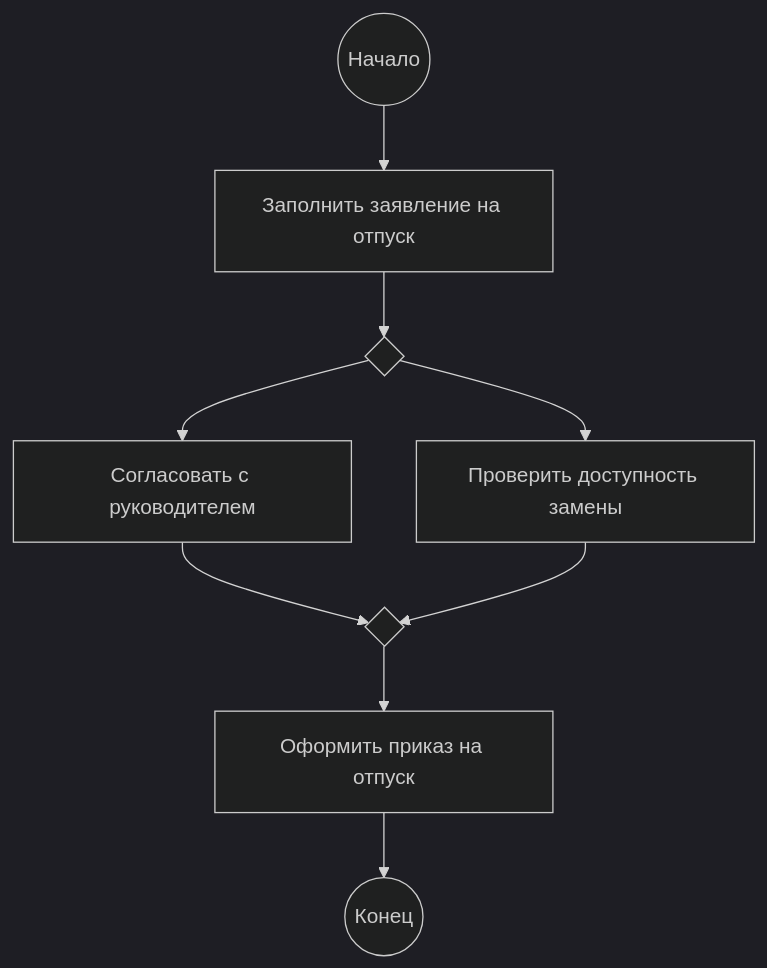
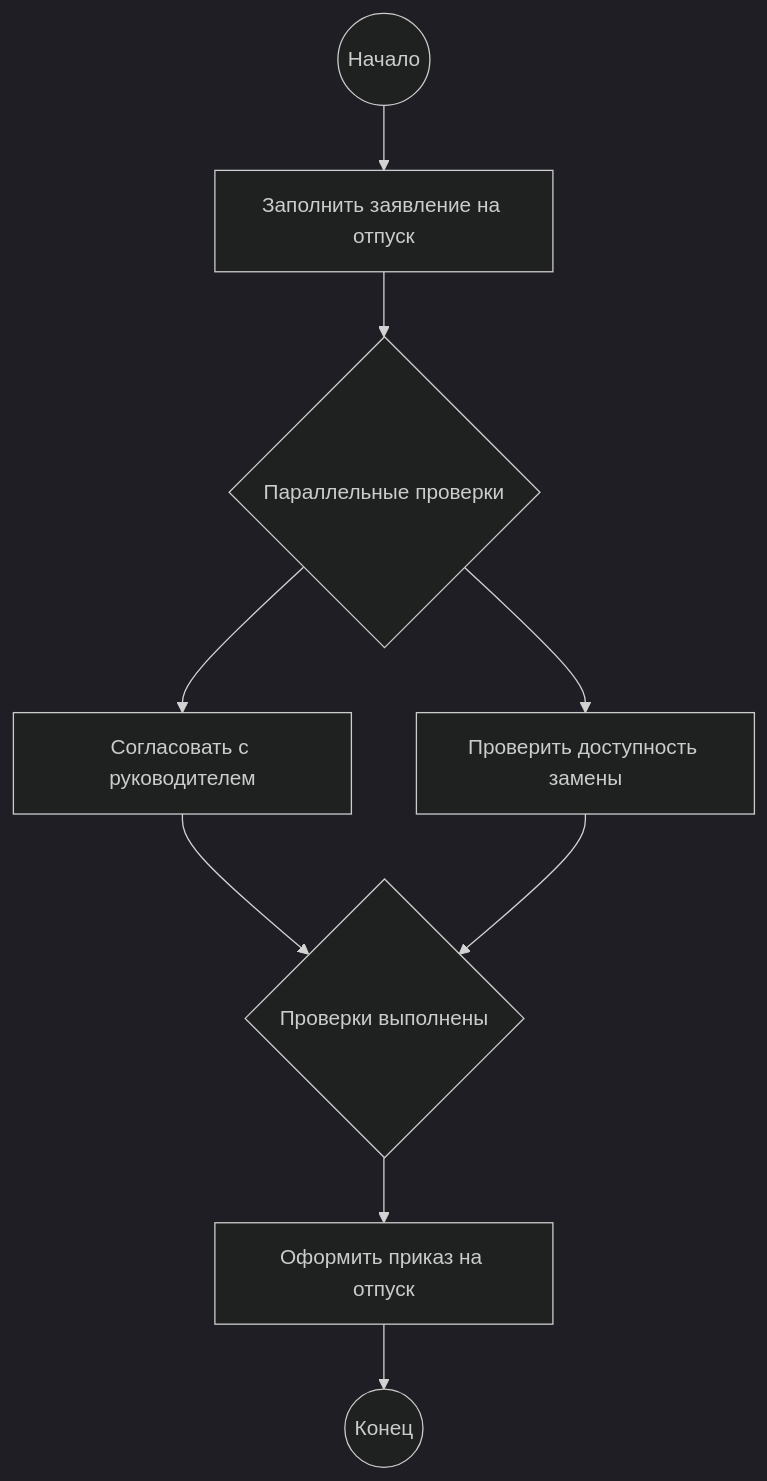
One commit to kaktojosko/sa-wiki-content changed the second of 2 diagrams in topics/bpmn-elements.md. Above: the diagram before and after it, drawn with Mermaid (dark theme). The commit also changed 2 other files, not shown here.

Commit message:
authguide

````diff
--- a/topics/bpmn-elements.md
+++ b/topics/bpmn-elements.md
@@ -78,11 +78,11 @@
 ```mermaid
 graph TD
     A((Начало)) --> B[Заполнить заявление на отпуск]
-    B --> C{ }
+    B --> C{Параллельные проверки}
     C --> D[Согласовать с руководителем]
     C --> E[Проверить доступность замены]
-    D --> F{ }
+    D --> F{Проверки выполнены}
     E --> F
     F --> G[Оформить приказ на отпуск]
     G --> H((Конец))
 ```
````
